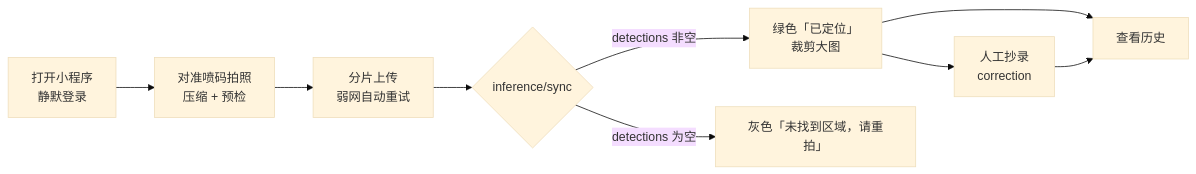
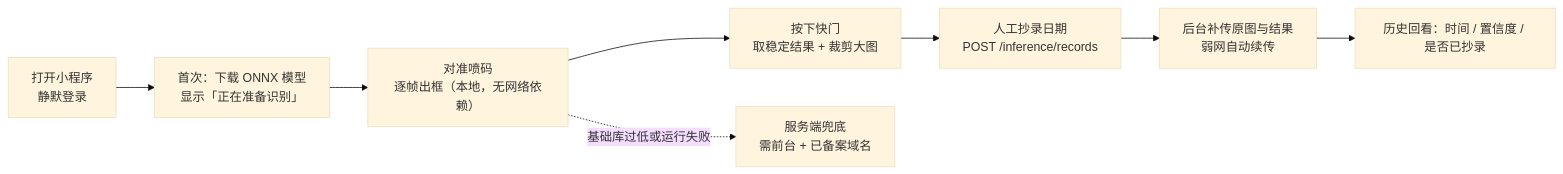
The seventh of 7 diagrams in PRD/08_端接入/P0120_小程序接入契约.md (QingMouFoodDate/ProjectPRD), drawn with Mermaid (base theme) before and after one commit. The commit also changed other lines of this file and 1 other file, not shown here.

````diff
--- a/PRD/08_端接入/P0120_小程序接入契约.md
+++ b/PRD/08_端接入/P0120_小程序接入契约.md
@@ -202,8 +289,7 @@
 ```mermaid
 flowchart LR
-    A["打开小程序<br/>静默登录"] --> B["对准喷码拍照<br/>压缩 + 预检"] --> C["分片上传<br/>弱网自动重试"] --> D{"inference/sync"}
-    D -->|"detections 非空"| E["绿色「已定位」<br/>裁剪大图"] --> F["人工抄录<br/>correction"]
-    D -->|"detections 为空"| G["灰色「未找到区域，请重拍」"]
-    E --> H["查看历史"]
-    F --> H
+    A["打开小程序<br/>静默登录"] --> B["首次：下载 ONNX 模型<br/>显示「正在准备识别」"] --> C["对准喷码<br/>逐帧出框（本地，无网络依赖）"]
+    C --> D["按下快门<br/>取稳定结果 + 裁剪大图"] --> E["人工抄录日期<br/>POST /inference/records"]
+    E --> F["后台补传原图与结果<br/>弱网自动续传"] --> G["历史回看：时间 / 置信度 / 是否已抄录"]
+    C -.->|"基础库过低或运行失败"| H["服务端兜底<br/>需前台 + 已备案域名"]
 ```
````
